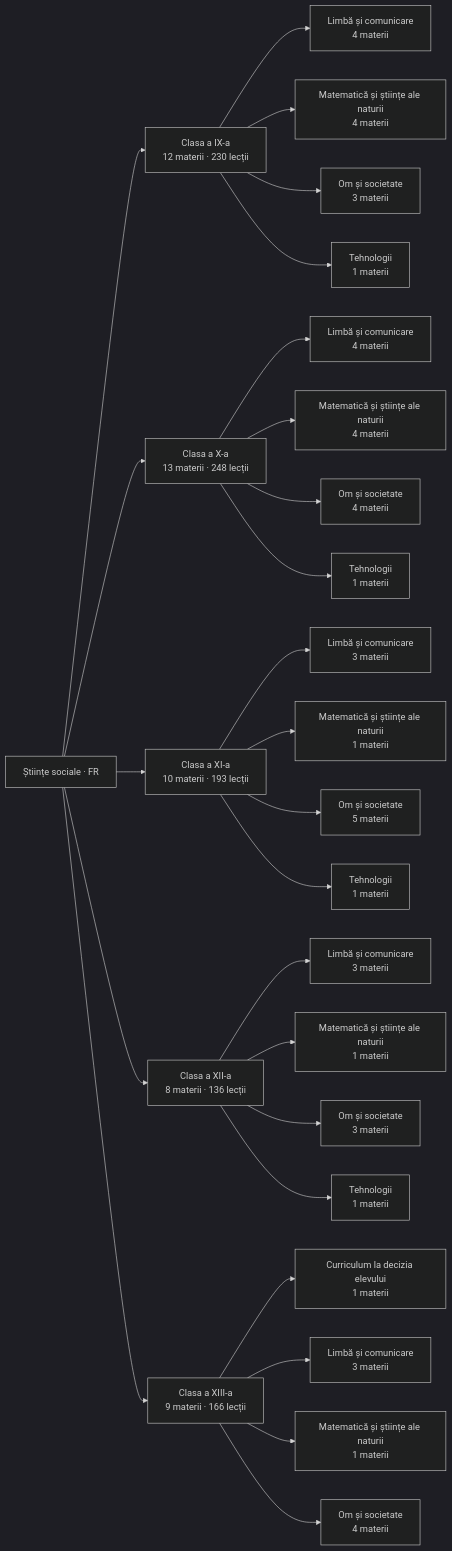
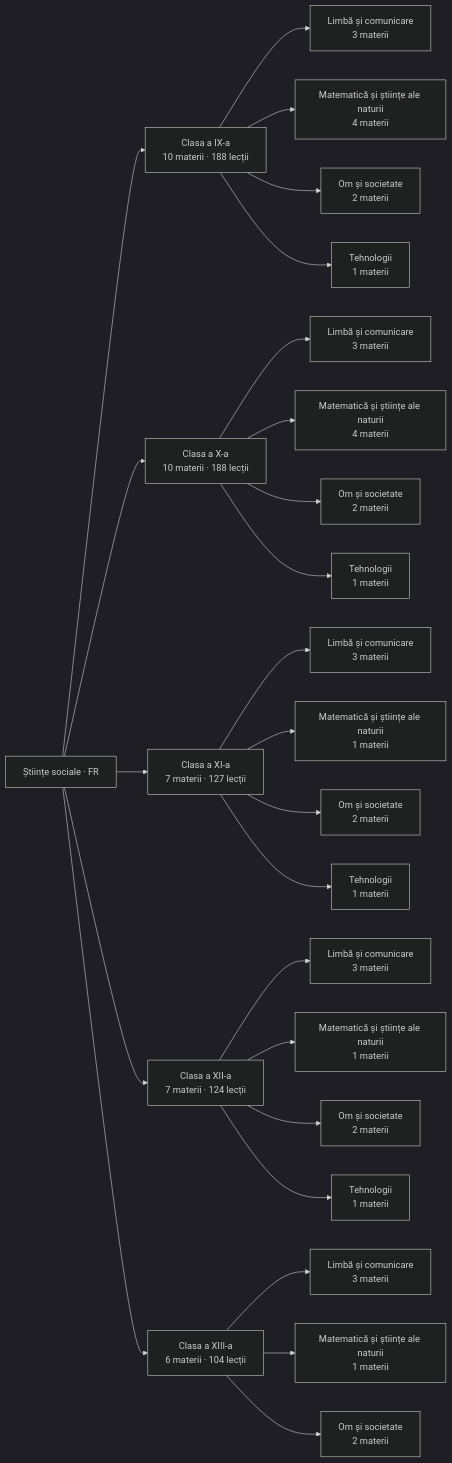
One commit to almeueste777-ops/Stiinte01 changed the diagram in vault/Hartă de învățare.md. Above: the diagram before and after it, drawn with Mermaid (dark theme). The commit also changed other lines of this file and 305 other files, not shown here.

````diff
--- a/vault/Hartă de învățare.md
+++ b/vault/Hartă de învățare.md
@@ -10,54 +10,52 @@
 ```mermaid
 graph LR
   P["Științe sociale · FR"]
-  C0["Clasa a IX-a<br/>12 materii · 230 lecții"]
+  C0["Clasa a IX-a<br/>10 materii · 188 lecții"]
   P --> C0
-  A0_0["Limbă și comunicare<br/>4 materii"]
+  A0_0["Limbă și comunicare<br/>3 materii"]
   C0 --> A0_0
   A0_1["Matematică și științe ale naturii<br/>4 materii"]
   C0 --> A0_1
-  A0_2["Om și societate<br/>3 materii"]
+  A0_2["Om și societate<br/>2 materii"]
   C0 --> A0_2
   A0_3["Tehnologii<br/>1 materii"]
   C0 --> A0_3
-  C1["Clasa a X-a<br/>13 materii · 248 lecții"]
+  C1["Clasa a X-a<br/>10 materii · 188 lecții"]
   P --> C1
-  A1_0["Limbă și comunicare<br/>4 materii"]
+  A1_0["Limbă și comunicare<br/>3 materii"]
   C1 --> A1_0
   A1_1["Matematică și științe ale naturii<br/>4 materii"]
   C1 --> A1_1
-  A1_2["Om și societate<br/>4 materii"]
+  A1_2["Om și societate<br/>2 materii"]
   C1 --> A1_2
   A1_3["Tehnologii<br/>1 materii"]
   C1 --> A1_3
-  C2["Clasa a XI-a<br/>10 materii · 193 lecții"]
+  C2["Clasa a XI-a<br/>7 materii · 127 lecții"]
   P --> C2
   A2_0["Limbă și comunicare<br/>3 materii"]
   C2 --> A2_0
   A2_1["Matematică și științe ale naturii<br/>1 materii"]
   C2 --> A2_1
-  A2_2["Om și societate<br/>5 materii"]
+  A2_2["Om și societate<br/>2 materii"]
   C2 --> A2_2
   A2_3["Tehnologii<br/>1 materii"]
   C2 --> A2_3
-  C3["Clasa a XII-a<br/>8 materii · 136 lecții"]
+  C3["Clasa a XII-a<br/>7 materii · 124 lecții"]
   P --> C3
   A3_0["Limbă și comunicare<br/>3 materii"]
   C3 --> A3_0
   A3_1["Matematică și științe ale naturii<br/>1 materii"]
   C3 --> A3_1
-  A3_2["Om și societate<br/>3 materii"]
+  A3_2["Om și societate<br/>2 materii"]
   C3 --> A3_2
   A3_3["Tehnologii<br/>1 materii"]
   C3 --> A3_3
-  C4["Clasa a XIII-a<br/>9 materii · 166 lecții"]
+  C4["Clasa a XIII-a<br/>6 materii · 104 lecții"]
   P --> C4
-  A4_0["Curriculum la decizia elevului<br/>1 materii"]
+  A4_0["Limbă și comunicare<br/>3 materii"]
   C4 --> A4_0
-  A4_1["Limbă și comunicare<br/>3 materii"]
+  A4_1["Matematică și științe ale naturii<br/>1 materii"]
   C4 --> A4_1
-  A4_2["Matematică și științe ale naturii<br/>1 materii"]
+  A4_2["Om și societate<br/>2 materii"]
   C4 --> A4_2
-  A4_3["Om și societate<br/>4 materii"]
-  C4 --> A4_3
 ```
````
